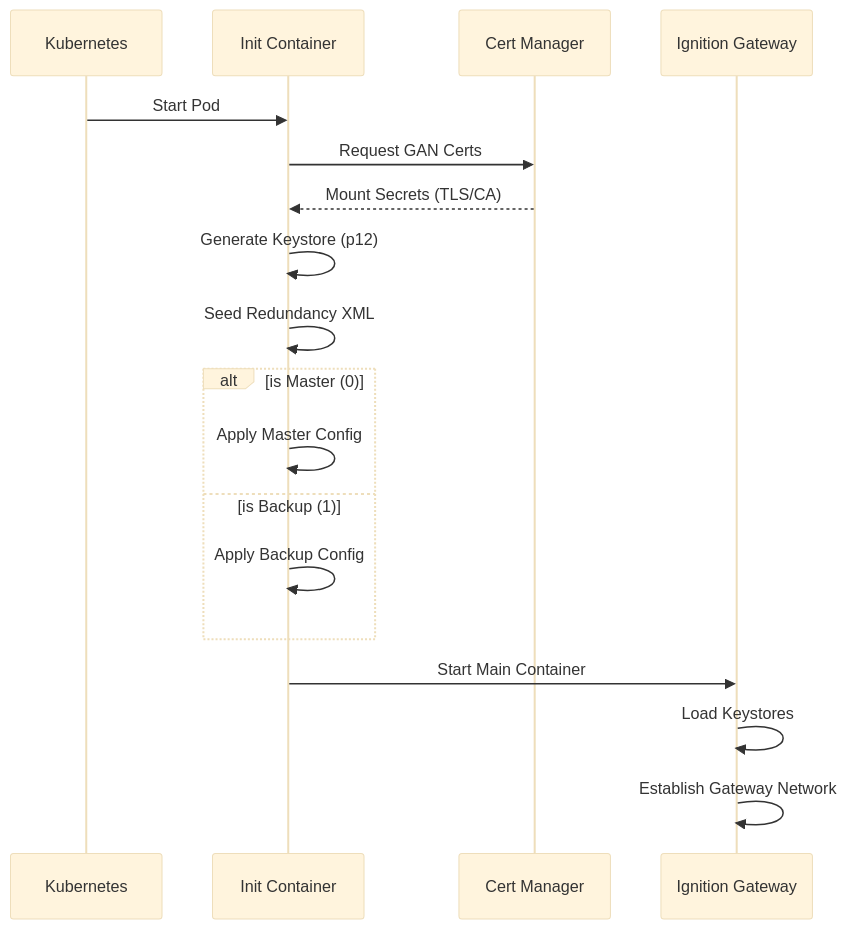
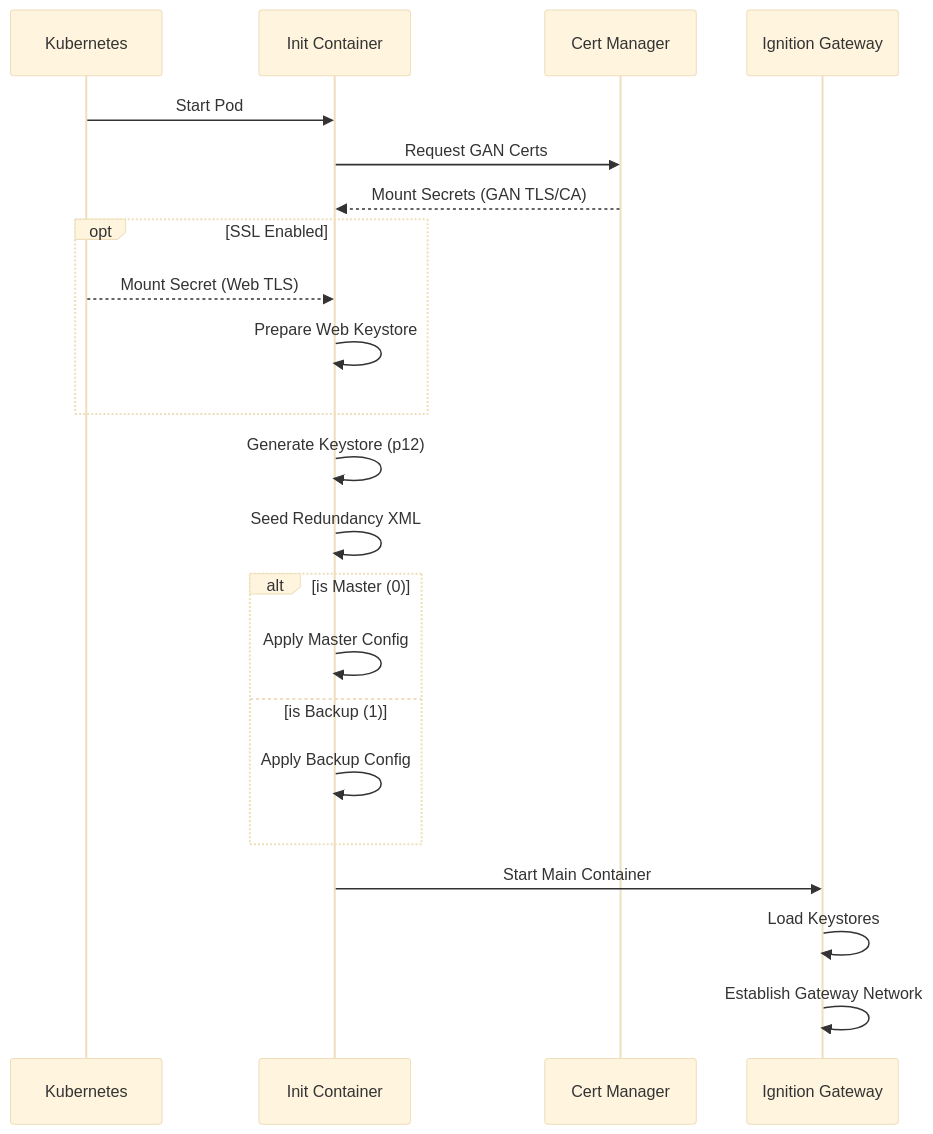
One commit to Apollogeddon/ignition-helm changed the diagram in webpage/src/content/docs/reference/failover.md. Above: the diagram before and after it, drawn with Mermaid (base theme). The commit also changed other lines of this file and 4 other files, not shown here.

First line of the commit message:
docs(helm): document web server SSL/TLS and admin password handling

````diff
--- a/webpage/src/content/docs/reference/failover.md
+++ b/webpage/src/content/docs/reference/failover.md
@@ -12,23 +12,27 @@
 ```mermaid
 sequenceDiagram
     participant K8s as Kubernetes
     participant Init as Init Container
     participant Certs as Cert Manager
     participant Ignition as Ignition Gateway
     
     K8s->>Init: Start Pod
     Init->>Certs: Request GAN Certs
-    Certs-->>Init: Mount Secrets (TLS/CA)
+    Certs-->>Init: Mount Secrets (GAN TLS/CA)
+    opt SSL Enabled
+        K8s-->>Init: Mount Secret (Web TLS)
+        Init->>Init: Prepare Web Keystore
+    end
     Init->>Init: Generate Keystore (p12)
     Init->>Init: Seed Redundancy XML
     
     alt is Master (0)
         Init->>Init: Apply Master Config
     else is Backup (1)
         Init->>Init: Apply Backup Config
     end
     
     Init->>Ignition: Start Main Container
     Ignition->>Ignition: Load Keystores
     Ignition->>Ignition: Establish Gateway Network
 ```
````
